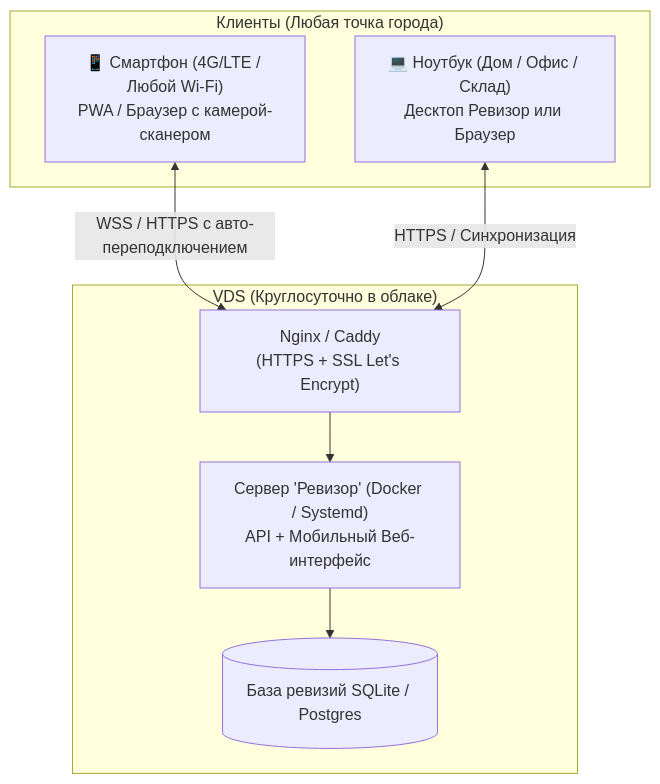
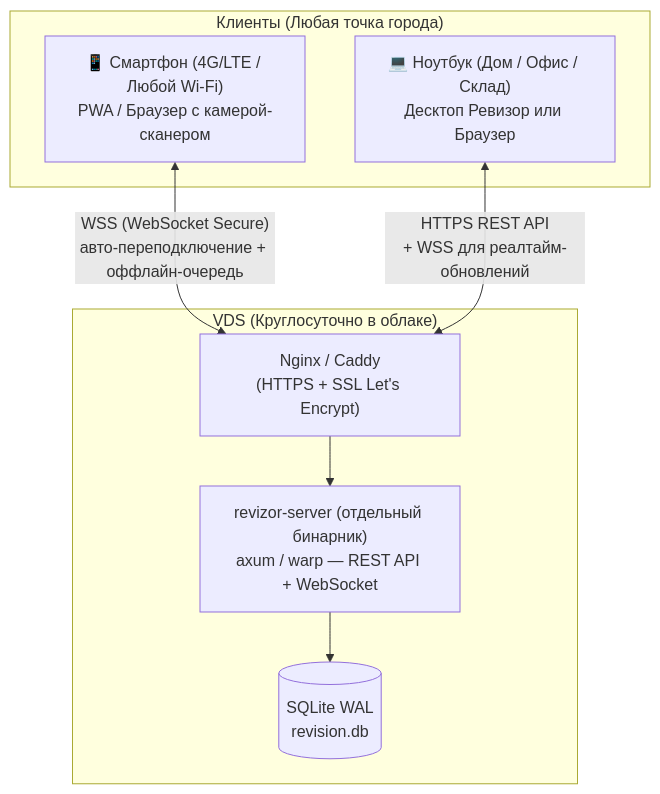
The diagram in VDS_INTEGRATION_PLAN.md (artiks99/revizor), drawn with Mermaid before and after one commit. The commit also changed other lines of this file and 26 other files, not shown here.

````diff
--- a/VDS_INTEGRATION_PLAN.md
+++ b/VDS_INTEGRATION_PLAN.md
@@ -27,18 +27,18 @@
 ```mermaid
 graph TD
     subgraph "Клиенты (Любая точка города)"
         Phone["📱 Смартфон (4G/LTE / Любой Wi-Fi)<br/>PWA / Браузер с камерой-сканером"]
         Laptop["💻 Ноутбук (Дом / Офис / Склад)<br/>Десктоп Ревизор или Браузер"]
     end
 
     subgraph "VDS (Круглосуточно в облаке)"
         Nginx["Nginx / Caddy<br/>(HTTPS + SSL Let's Encrypt)"]
-        Server["Сервер 'Ревизор' (Docker / Systemd)<br/>API + Мобильный Веб-интерфейс"]
-        DB[(База ревизий SQLite / Postgres)]
+        Server["revizor-server (отдельный бинарник)<br/>axum / warp — REST API + WebSocket"]
+        DB[(SQLite WAL<br/>revision.db)]
     end
 
-    Phone <-->|WSS / HTTPS с авто-переподключением| Nginx
-    Laptop <-->|HTTPS / Синхронизация| Nginx
+    Phone <-->|"WSS (WebSocket Secure)<br/>авто-переподключение + оффлайн-очередь"| Nginx
+    Laptop <-->|"HTTPS REST API<br/>+ WSS для реалтайм-обновлений"| Nginx
     Nginx --> Server
     Server --> DB
 ```
````
